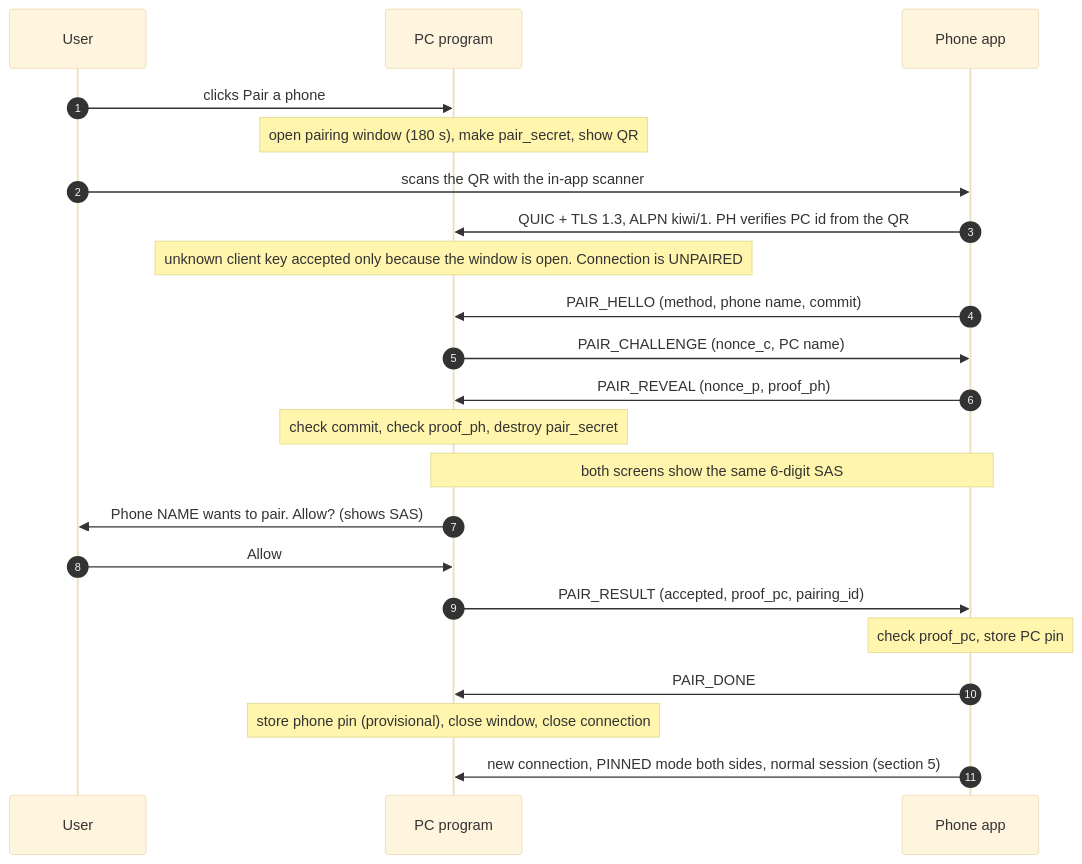
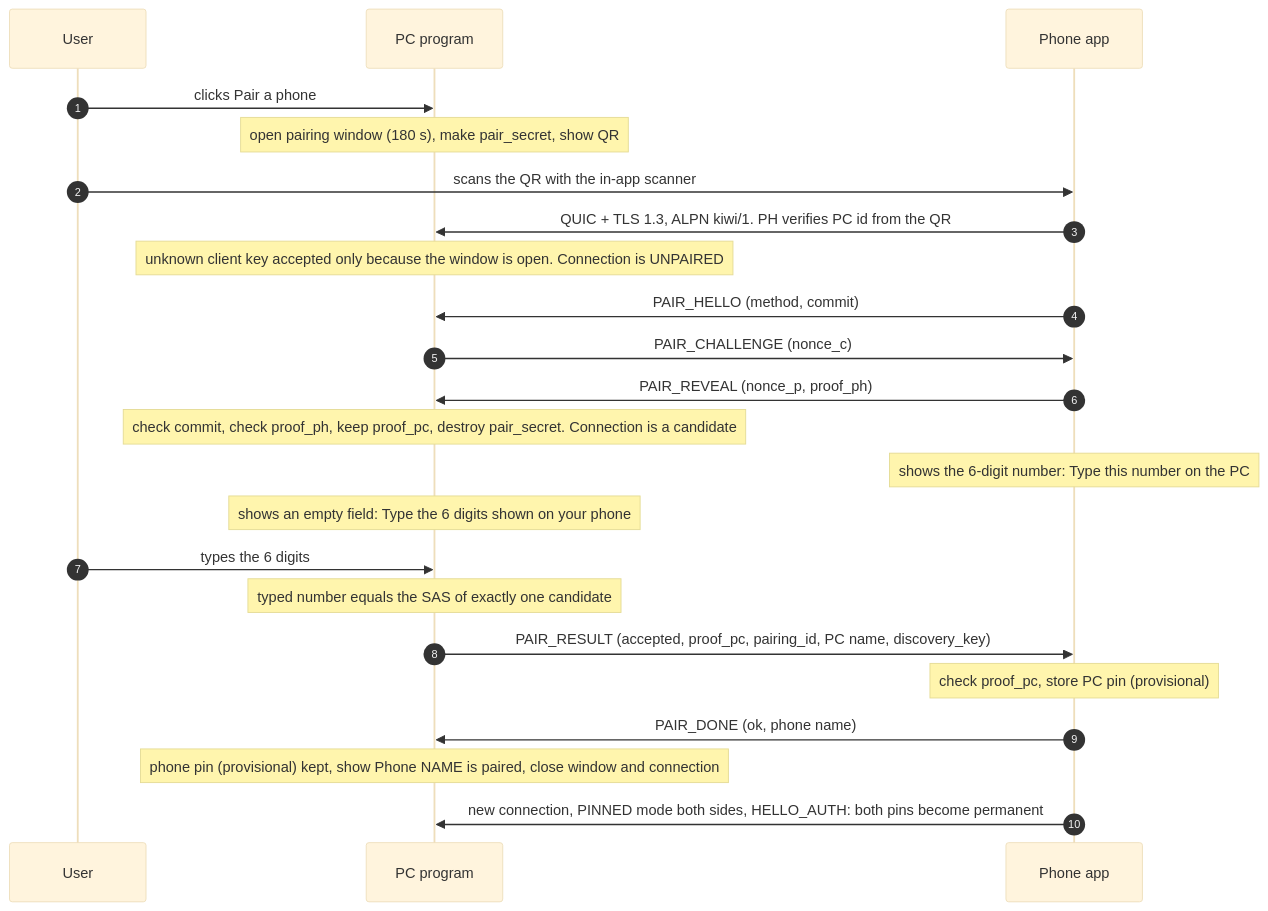
One commit to sarmadiq9090-coder/kiwi-transfer changed the first of 2 diagrams in docs/PROTOCOL.md. Above: the diagram before and after it, drawn with Mermaid (base theme). The commit also changed other lines of this file, not shown here.

First line of the commit message:
protocol draft 2: pairing with a typed number

````diff
--- a/docs/PROTOCOL.md
+++ b/docs/PROTOCOL.md
@@ -345,24 +364,25 @@
 ```mermaid
 sequenceDiagram
     autonumber
     participant U as User
     participant PC as PC program
     participant PH as Phone app
     U->>PC: clicks Pair a phone
     Note over PC: open pairing window (180 s), make pair_secret, show QR
     U->>PH: scans the QR with the in-app scanner
     PH->>PC: QUIC + TLS 1.3, ALPN kiwi/1. PH verifies PC id from the QR
     Note over PC: unknown client key accepted only because the window is open. Connection is UNPAIRED
-    PH->>PC: PAIR_HELLO (method, phone name, commit)
-    PC->>PH: PAIR_CHALLENGE (nonce_c, PC name)
+    PH->>PC: PAIR_HELLO (method, commit)
+    PC->>PH: PAIR_CHALLENGE (nonce_c)
     PH->>PC: PAIR_REVEAL (nonce_p, proof_ph)
-    Note over PC: check commit, check proof_ph, destroy pair_secret
-    Note over PC,PH: both screens show the same 6-digit SAS
-    PC->>U: Phone NAME wants to pair. Allow? (shows SAS)
-    U->>PC: Allow
-    PC->>PH: PAIR_RESULT (accepted, proof_pc, pairing_id)
-    Note over PH: check proof_pc, store PC pin
-    PH->>PC: PAIR_DONE
-    Note over PC: store phone pin (provisional), close window, close connection
-    PH->>PC: new connection, PINNED mode both sides, normal session (section 5)
+    Note over PC: check commit, check proof_ph, keep proof_pc, destroy pair_secret. Connection is a candidate
+    Note over PH: shows the 6-digit number: Type this number on the PC
+    Note over PC: shows an empty field: Type the 6 digits shown on your phone
+    U->>PC: types the 6 digits
+    Note over PC: typed number equals the SAS of exactly one candidate
+    PC->>PH: PAIR_RESULT (accepted, proof_pc, pairing_id, PC name, discovery_key)
+    Note over PH: check proof_pc, store PC pin (provisional)
+    PH->>PC: PAIR_DONE (ok, phone name)
+    Note over PC: phone pin (provisional) kept, show Phone NAME is paired, close window and connection
+    PH->>PC: new connection, PINNED mode both sides, HELLO_AUTH: both pins become permanent
 ```
````
